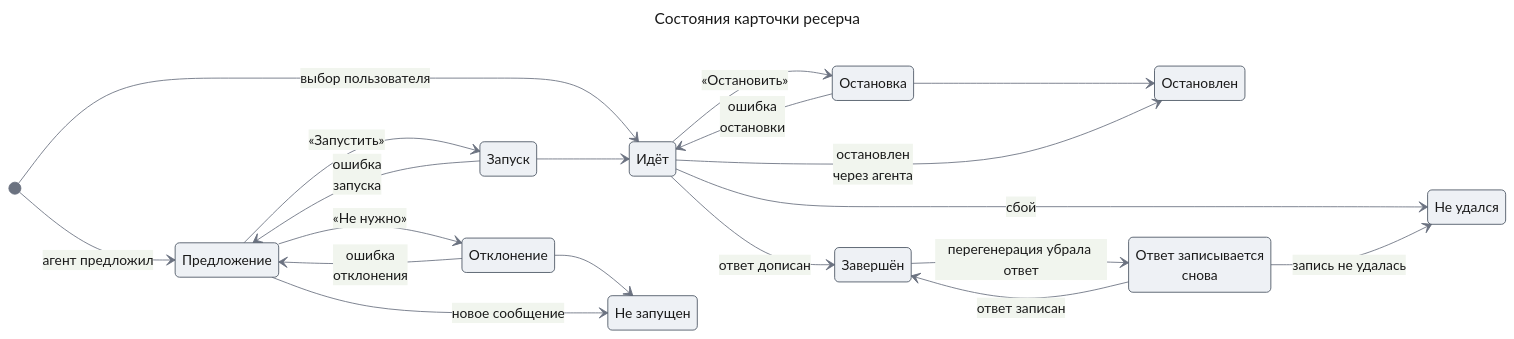
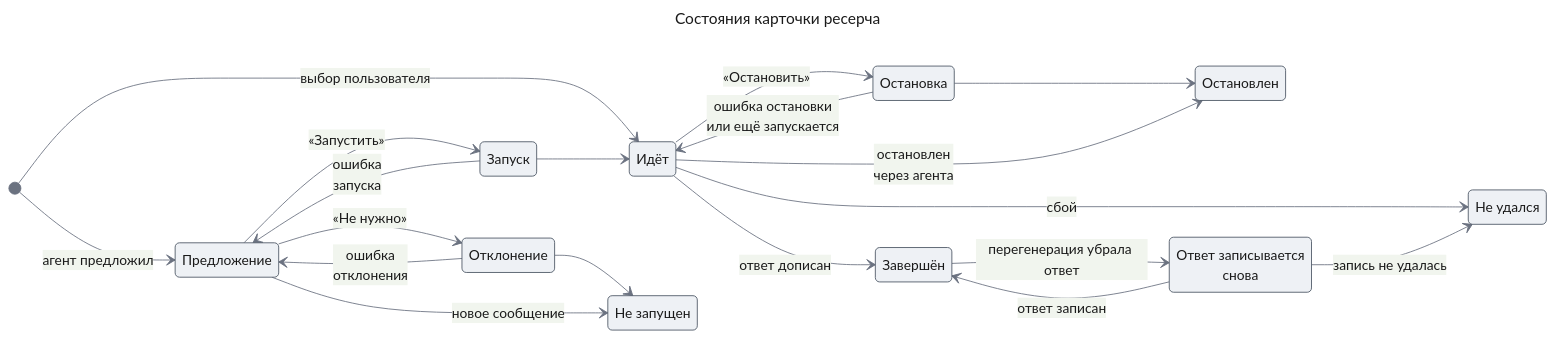
The first of 2 diagrams in docs/design-system/components/research-card.md (tundraray/agent-os), drawn with Mermaid before and after one commit. The commit also changed other lines of this file and 3 other files, not shown here.

Commit message:
docs: add card and answer states for web part, place stop response schema

````diff
--- a/docs/design-system/components/research-card.md
+++ b/docs/design-system/components/research-card.md
@@ -73,43 +74,43 @@
 ```mermaid
 ---
 title: "Состояния карточки ресерча"
 config:
   theme: base
   look: classic
   themeVariables:
     primaryColor: "#eef1f5"
     primaryBorderColor: "#4b5563"
     primaryTextColor: "#1a1a1a"
     lineColor: "#6b7280"
 ---
 stateDiagram-v2
     direction LR
     state "Предложение" as Proposal
     state "Запуск" as Launching
     state "Отклонение" as Declining
     state "Идёт" as Running
     state "Остановка" as Stopping
     state "Остановлен" as Stopped
     state "Завершён" as Finished
     state "Ответ записывается<br/>снова" as Rewriting
     state "Не удался" as Failed
     state "Не запущен" as NotLaunched
     [*] --> Proposal: агент предложил
     [*] --> Running: выбор пользователя
     Proposal --> Launching: «Запустить»
     Launching --> Running
     Proposal --> Declining: «Не нужно»
     Declining --> NotLaunched
     Proposal --> NotLaunched: новое сообщение
     Launching --> Proposal: ошибка<br/>запуска
     Declining --> Proposal: ошибка<br/>отклонения
     Running --> Finished: ответ дописан
     Running --> Failed: сбой
-    Stopping --> Running: ошибка<br/>остановки
+    Stopping --> Running: ошибка остановки<br/>или ещё запускается
     Running --> Stopping: «Остановить»
     Stopping --> Stopped
     Running --> Stopped: остановлен<br/>через агента
     Finished --> Rewriting: перегенерация убрала ответ
     Rewriting --> Finished: ответ записан
     Rewriting --> Failed: запись не удалась
 ```
````
